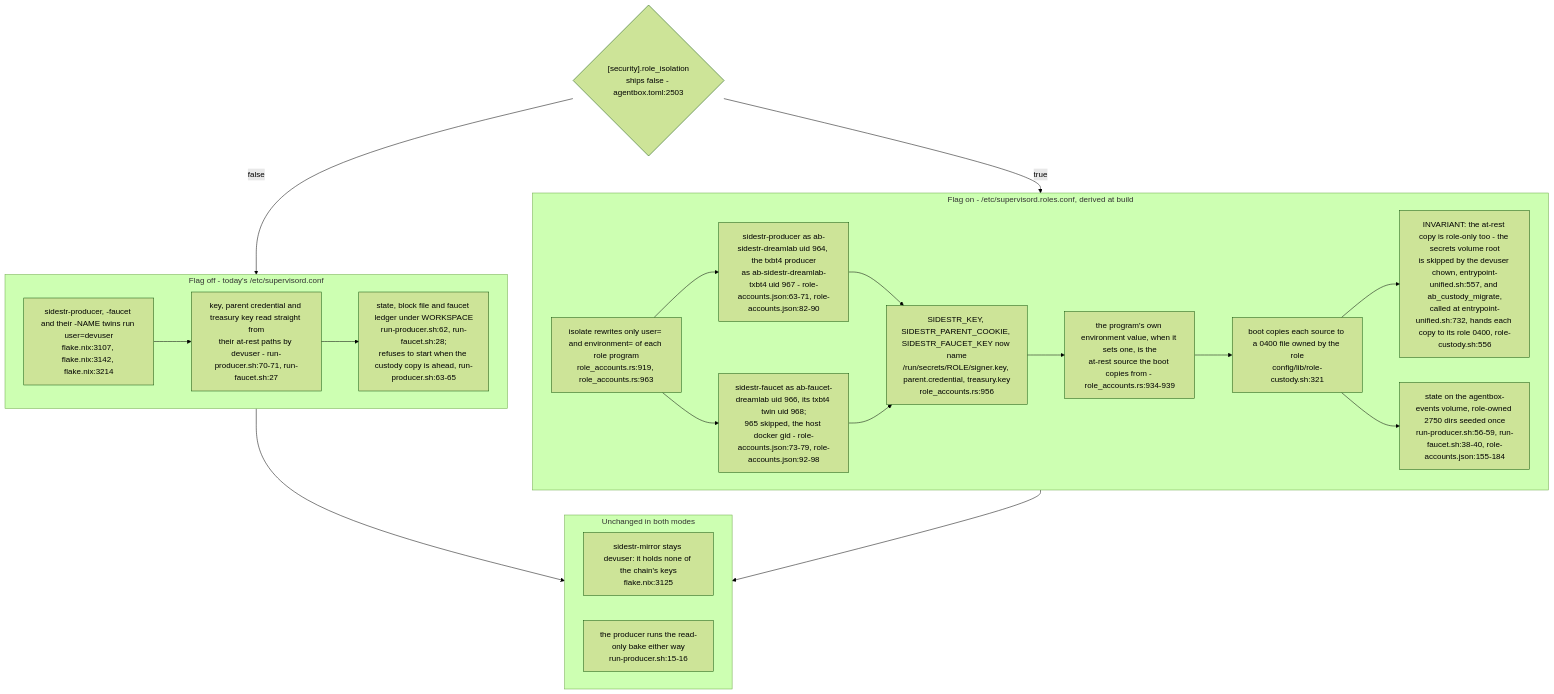
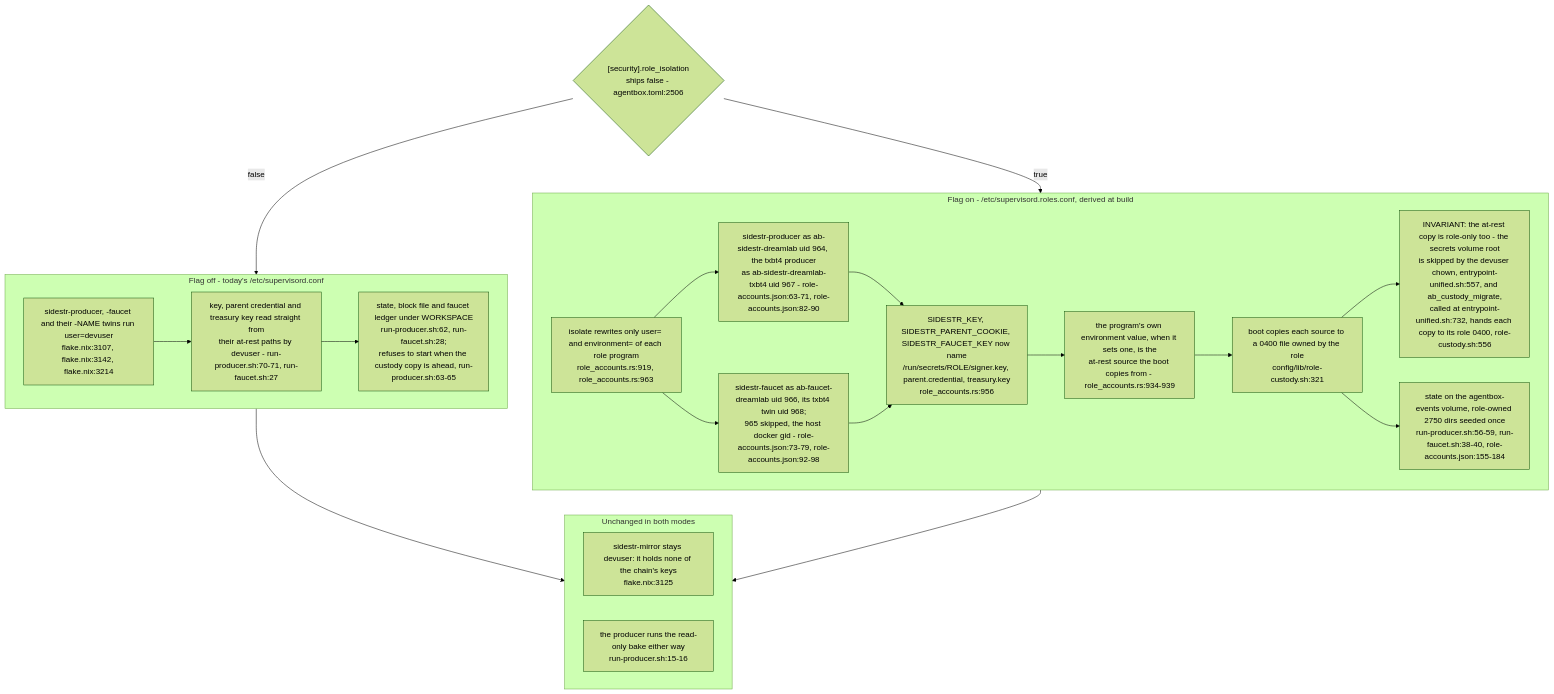
Before and after one commit to DreamLab-AI/VisionFlow: the sixth of 6 diagrams in docs/diagrams/agentbox/34-sidestr-interim-producer-and-mirror.md, drawn with Mermaid (forest theme). The commit also changed other lines of this file and 142 other files, not shown here.

First line of the commit message:
docs(diagrams): one System One route; re-verify 140 topics at today's heads

````diff
--- a/docs/diagrams/agentbox/34-sidestr-interim-producer-and-mirror.md
+++ b/docs/diagrams/agentbox/34-sidestr-interim-producer-and-mirror.md
@@ -251,33 +251,33 @@
 ```mermaid
 flowchart TB
-    FLAG{"[security].role_isolation<br/>ships false - agentbox.toml:2503"}
+    FLAG{"[security].role_isolation<br/>ships false - agentbox.toml:2506"}
     subgraph off["Flag off - today's /etc/supervisord.conf"]
         O1["sidestr-producer, -faucet and their -NAME twins run user=devuser<br/>flake.nix:3107, flake.nix:3142, flake.nix:3214"]
         O2["key, parent credential and treasury key read straight from<br/>their at-rest paths by devuser - run-producer.sh:70-71, run-faucet.sh:27"]
         O3["state, block file and faucet ledger under WORKSPACE<br/>run-producer.sh:62, run-faucet.sh:28;<br/>refuses to start when the custody copy is ahead, run-producer.sh:63-65"]
         O1 --> O2 --> O3
     end
     subgraph on["Flag on - /etc/supervisord.roles.conf, derived at build"]
         R1["isolate rewrites only user= and environment= of each role program<br/>role_accounts.rs:919, role_accounts.rs:963"]
         R2["sidestr-producer as ab-sidestr-dreamlab uid 964, the txbt4 producer<br/>as ab-sidestr-dreamlab-txbt4 uid 967 - role-accounts.json:63-71, role-accounts.json:82-90"]
         R3["sidestr-faucet as ab-faucet-dreamlab uid 966, its txbt4 twin uid 968;<br/>965 skipped, the host docker gid - role-accounts.json:73-79, role-accounts.json:92-98"]
         R4["SIDESTR_KEY, SIDESTR_PARENT_COOKIE, SIDESTR_FAUCET_KEY now name<br/>/run/secrets/ROLE/signer.key, parent.credential, treasury.key<br/>role_accounts.rs:956"]
         R5["the program's own environment value, when it sets one, is the<br/>at-rest source the boot copies from - role_accounts.rs:934-939"]
         R6["boot copies each source to a 0400 file owned by the role<br/>config/lib/role-custody.sh:321"]
         R7["INVARIANT: the at-rest copy is role-only too - the secrets volume root<br/>is skipped by the devuser chown, entrypoint-unified.sh:557, and ab_custody_migrate,<br/>called at entrypoint-unified.sh:732, hands each copy to its role 0400, role-custody.sh:556"]
         R8["state on the agentbox-events volume, role-owned 2750 dirs seeded once<br/>run-producer.sh:56-59, run-faucet.sh:38-40, role-accounts.json:155-184"]
         R6 --> R7
         R6 --> R8
         R1 --> R2 --> R4
         R1 --> R3 --> R4
         R4 --> R5 --> R6
     end
     subgraph same["Unchanged in both modes"]
         U1["sidestr-mirror stays devuser: it holds none of the chain's keys<br/>flake.nix:3125"]
         U2["the producer runs the read-only bake either way<br/>run-producer.sh:15-16"]
     end
     FLAG -->|false| off
     FLAG -->|true| on
     off --> same
     on --> same
 ```
````
